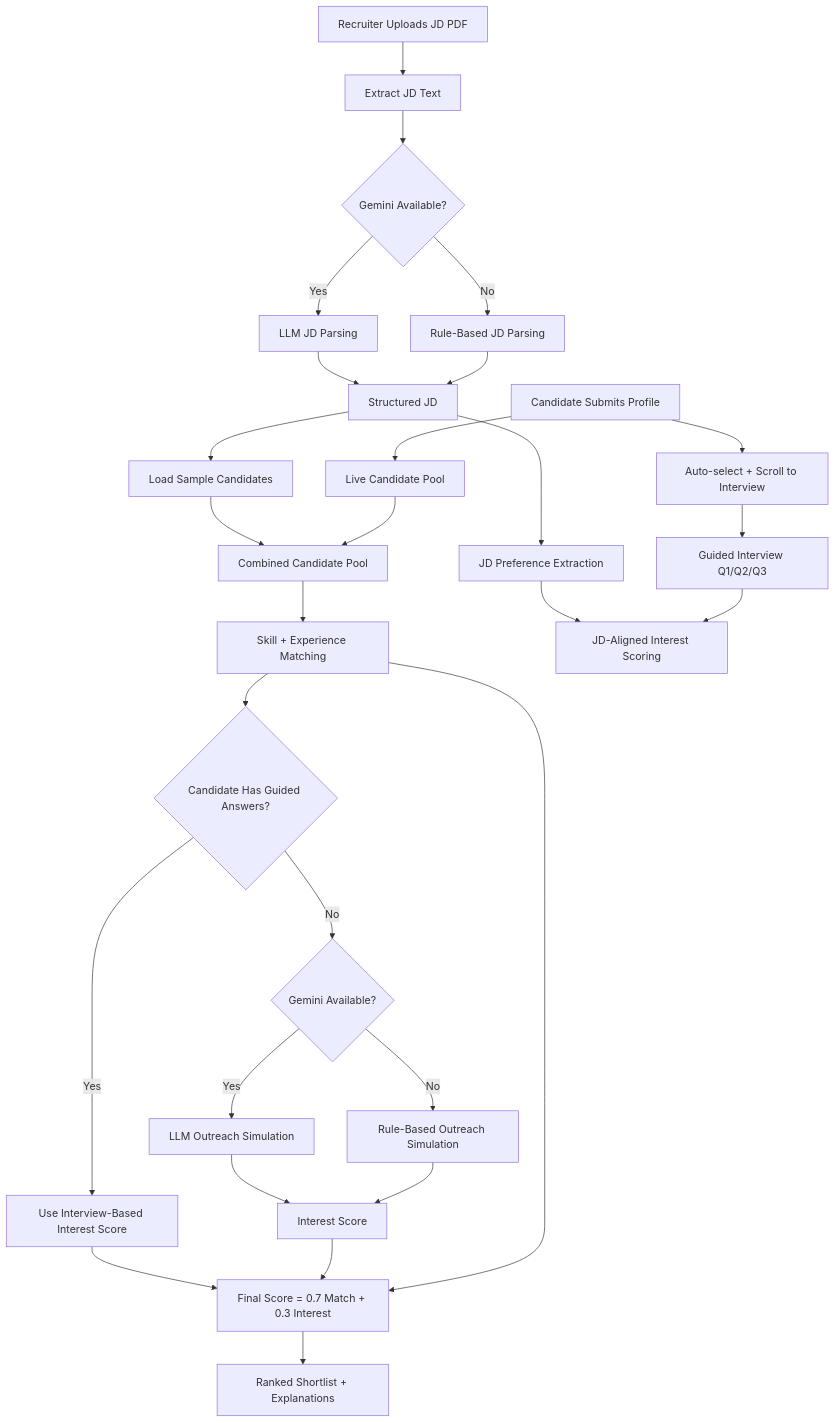
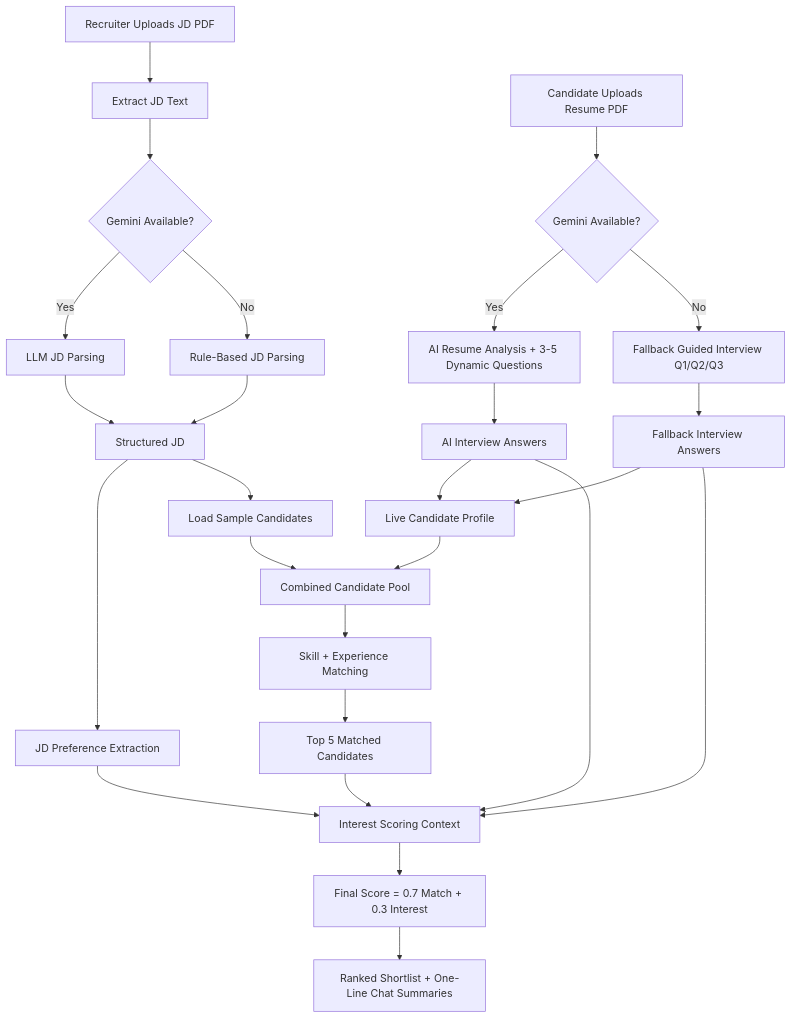
The diagram in ARCHITECTURE.md (whyvy-code/AI-Talent-Scouting-Agent), drawn with Mermaid before and after one commit. The commit also changed other lines of this file and 3 other files, not shown here.

Commit message:
Add AI/fallback dual candidate flow, top-5 ranking, and docs updates

````diff
--- a/ARCHITECTURE.md
+++ b/ARCHITECTURE.md
@@ -44,30 +46,31 @@
 ```mermaid
 flowchart TD
-    A[Candidate Submits Profile] --> B[Auto-select + Scroll to Interview]
-    B --> C[Guided Interview Q1/Q2/Q3]
-    D[Recruiter Uploads JD PDF] --> E[Extract JD Text]
-    E --> F{Gemini Available?}
-    F -- Yes --> G[LLM JD Parsing]
-    F -- No --> H[Rule-Based JD Parsing]
-    G --> I[Structured JD]
-    H --> I
-    I --> V[JD Preference Extraction]
-    I --> J[Load Sample Candidates]
-    A --> K[Live Candidate Pool]
-    J --> L[Combined Candidate Pool]
-    K --> L
-    L --> M[Skill + Experience Matching]
-    V --> X[JD-Aligned Interest Scoring]
-    C --> X
-    M --> N{Candidate Has Guided Answers?}
-    N -- Yes --> O[Use Interview-Based Interest Score]
-    N -- No --> P{Gemini Available?}
-    P -- Yes --> Q[LLM Outreach Simulation]
-    P -- No --> R[Rule-Based Outreach Simulation]
-    Q --> S[Interest Score]
-    R --> S
-    O --> T[Final Score = 0.7 Match + 0.3 Interest]
-    S --> T
-    M --> T
-    T --> U[Ranked Shortlist + Explanations]
+    A[Recruiter Uploads JD PDF] --> B[Extract JD Text]
+    B --> C{Gemini Available?}
+    C -- Yes --> D[LLM JD Parsing]
+    C -- No --> E[Rule-Based JD Parsing]
+    D --> F[Structured JD]
+    E --> F
+
+    G[Candidate Uploads Resume PDF] --> H{Gemini Available?}
+    H -- Yes --> I[AI Resume Analysis + 3-5 Dynamic Questions]
+    H -- No --> J[Fallback Guided Interview Q1/Q2/Q3]
+    I --> K[AI Interview Answers]
+    J --> L[Fallback Interview Answers]
+
+    F --> M[JD Preference Extraction]
+    F --> N[Load Sample Candidates]
+    K --> O[Live Candidate Profile]
+    L --> O
+    N --> P[Combined Candidate Pool]
+    O --> P
+    P --> Q[Skill + Experience Matching]
+    Q --> U[Top 5 Matched Candidates]
+
+    M --> R[Interest Scoring Context]
+    K --> R
+    L --> R
+    U --> R
+    R --> S[Final Score = 0.7 Match + 0.3 Interest]
+    S --> T[Ranked Shortlist + One-Line Chat Summaries]
 ```
````
